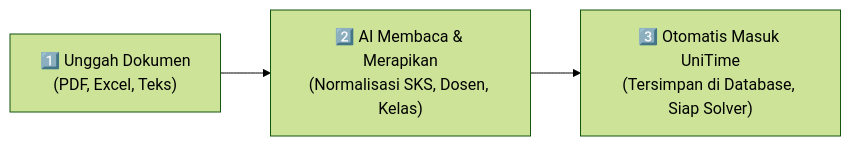
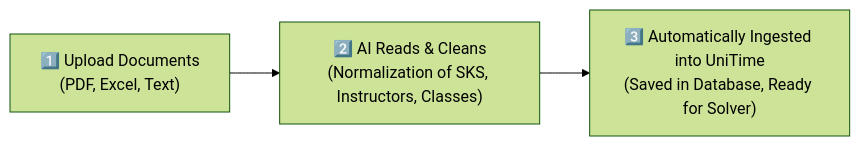
The first of 2 diagrams in README.md (hanafishiddiq/unitime), drawn with Mermaid (forest theme) before and after one commit. The commit also changed other lines of this file, not shown here.

````diff
--- a/README.md
+++ b/README.md
@@ -65,4 +65,4 @@
 ```mermaid
 flowchart LR
-    Step1["1️⃣ Unggah Dokumen<br/>(PDF, Excel, Teks)"] --> Step2["2️⃣ AI Membaca & Merapikan<br/>(Normalisasi SKS, Dosen, Kelas)"] --> Step3["3️⃣ Otomatis Masuk UniTime<br/>(Tersimpan di Database, Siap Solver)"]
+    Step1["1️⃣ Upload Documents<br/>(PDF, Excel, Text)"] --> Step2["2️⃣ AI Reads & Cleans<br/>(Normalization of SKS, Instructors, Classes)"] --> Step3["3️⃣ Automatically Ingested into UniTime<br/>(Saved in Database, Ready for Solver)"]
 ```
````
